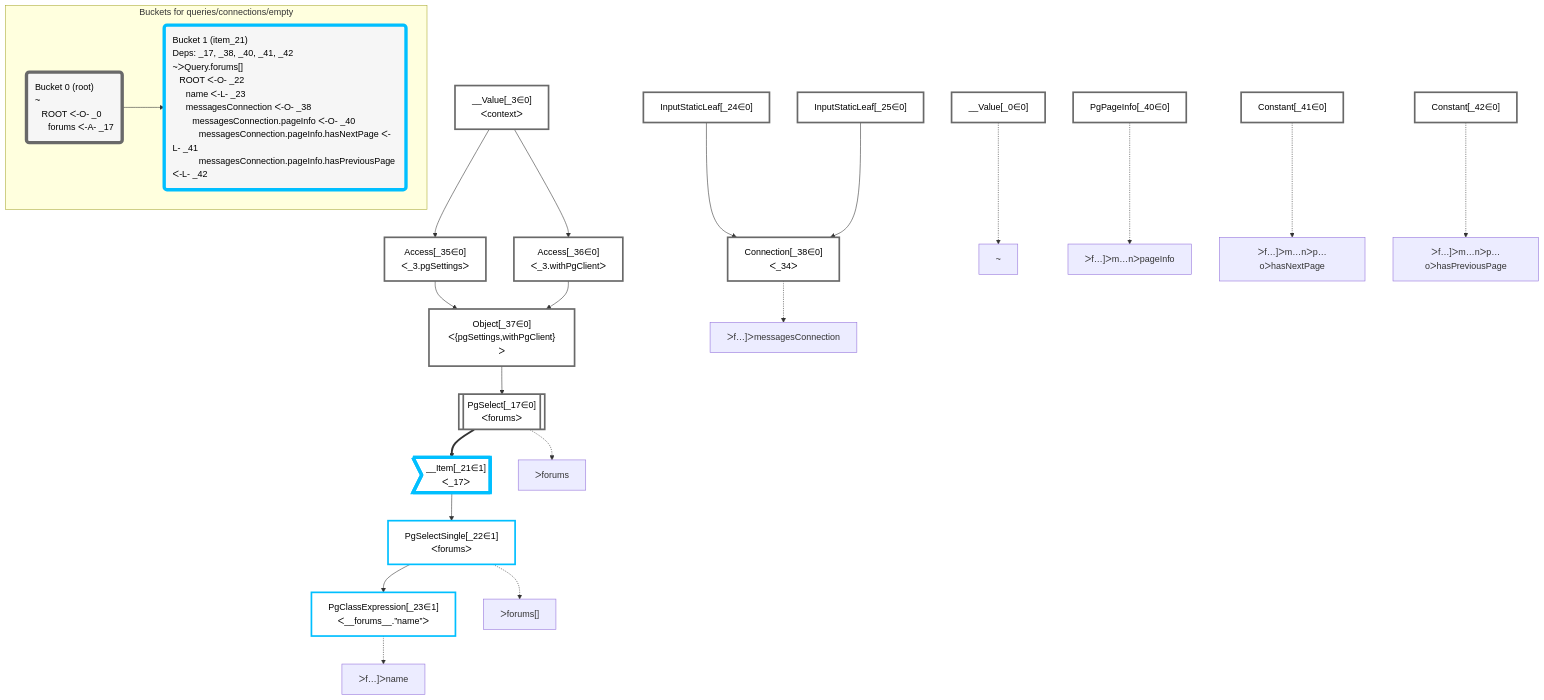
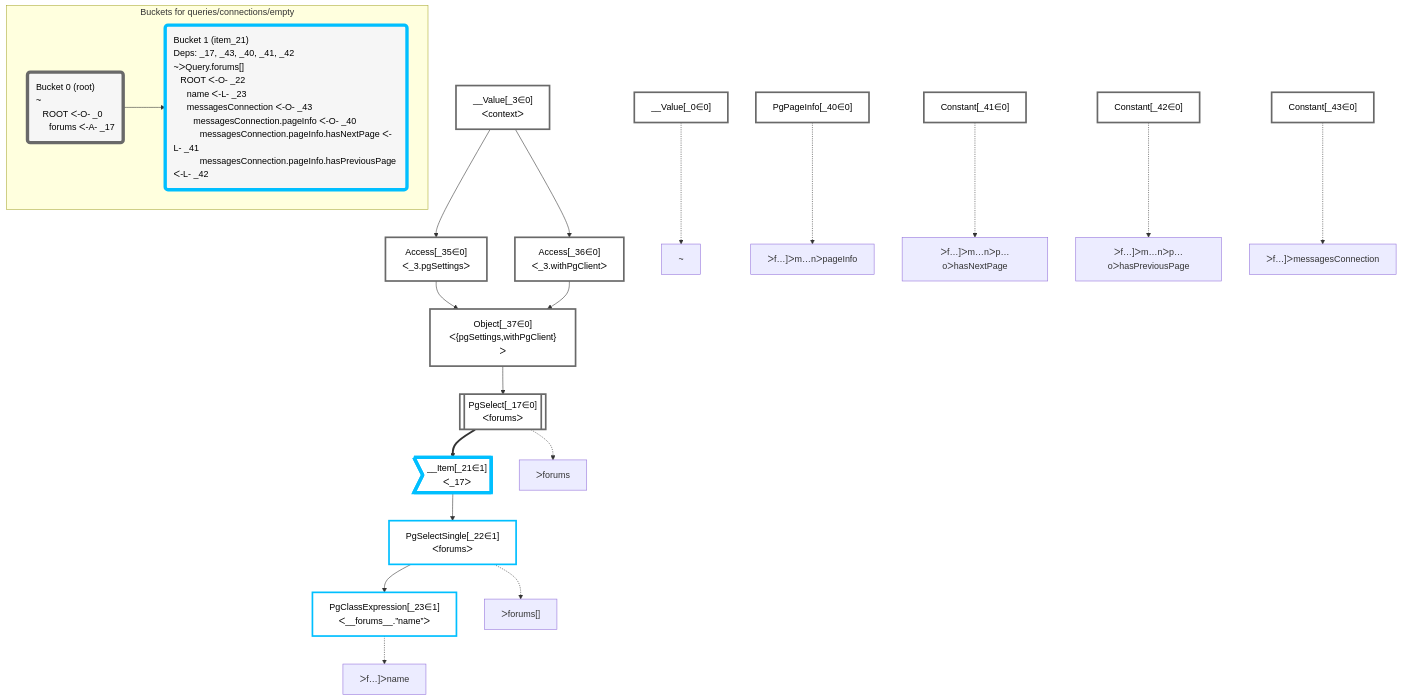
One commit to graphile/crystal changed the diagram in packages/dataplan-pg/__tests__/queries/connections/empty.mermaid.md. Above: the diagram before and after it, drawn with Mermaid. The commit also changed 57 other files, not shown here.

````diff
--- a/packages/dataplan-pg/__tests__/queries/connections/empty.mermaid.md
+++ b/packages/dataplan-pg/__tests__/queries/connections/empty.mermaid.md
@@ -1,64 +1,61 @@
 ```mermaid
 graph TD
     classDef path fill:#eee,stroke:#000,color:#000
     classDef plan fill:#fff,stroke-width:3px,color:#000
     classDef itemplan fill:#fff,stroke-width:6px,color:#000
     classDef sideeffectplan fill:#f00,stroke-width:6px,color:#000
     classDef bucket fill:#f6f6f6,color:#000,stroke-width:6px,text-align:left
 
 
     %% define plans
     __Value_0["__Value[_0∈0]"]:::plan
     PgClassExpression_23["PgClassExpression[_23∈1]<br />ᐸ__forums__.”name”ᐳ"]:::plan
     PgSelectSingle_22["PgSelectSingle[_22∈1]<br />ᐸforumsᐳ"]:::plan
     __Item_21>"__Item[_21∈1]<br />ᐸ_17ᐳ"]:::itemplan
     PgSelect_17[["PgSelect[_17∈0]<br />ᐸforumsᐳ"]]:::plan
     Object_37["Object[_37∈0]<br />ᐸ{pgSettings,withPgClient}ᐳ"]:::plan
     Access_35["Access[_35∈0]<br />ᐸ_3.pgSettingsᐳ"]:::plan
     Access_36["Access[_36∈0]<br />ᐸ_3.withPgClientᐳ"]:::plan
     __Value_3["__Value[_3∈0]<br />ᐸcontextᐳ"]:::plan
-    Connection_38["Connection[_38∈0]<br />ᐸ_34ᐳ"]:::plan
-    InputStaticLeaf_24["InputStaticLeaf[_24∈0]"]:::plan
-    InputStaticLeaf_25["InputStaticLeaf[_25∈0]"]:::plan
+    Constant_43["Constant[_43∈0]"]:::plan
     PgPageInfo_40["PgPageInfo[_40∈0]"]:::plan
     Constant_41["Constant[_41∈0]"]:::plan
     Constant_42["Constant[_42∈0]"]:::plan
 
     %% plan dependencies
     PgSelectSingle_22 --> PgClassExpression_23
     __Item_21 --> PgSelectSingle_22
     PgSelect_17 ==> __Item_21
     Object_37 --> PgSelect_17
     Access_35 & Access_36 --> Object_37
     __Value_3 --> Access_35
     __Value_3 --> Access_36
-    InputStaticLeaf_24 & InputStaticLeaf_25 --> Connection_38
 
     %% plan-to-path relationships
     P_0["~"]
     __Value_0 -.-> P_0
     P_17["ᐳforums"]
     PgSelect_17 -.-> P_17
     P_22["ᐳforums[]"]
     PgSelectSingle_22 -.-> P_22
     P_23["ᐳf…]ᐳname"]
     PgClassExpression_23 -.-> P_23
-    P_38["ᐳf…]ᐳmessagesConnection"]
-    Connection_38 -.-> P_38
     P_40["ᐳf…]ᐳm…nᐳpageInfo"]
     PgPageInfo_40 -.-> P_40
     P_41["ᐳf…]ᐳm…nᐳp…oᐳhasNextPage"]
     Constant_41 -.-> P_41
     P_42["ᐳf…]ᐳm…nᐳp…oᐳhasPreviousPage"]
     Constant_42 -.-> P_42
+    P_43["ᐳf…]ᐳmessagesConnection"]
+    Constant_43 -.-> P_43
 
     subgraph "Buckets for queries/connections/empty"
     Bucket0("Bucket 0 (root)<br />~<br />⠀ROOT ᐸ-O- _0<br />⠀⠀forums ᐸ-A- _17"):::bucket
     classDef bucket0 stroke:#696969
-    class Bucket0,__Value_0,__Value_3,PgSelect_17,InputStaticLeaf_24,InputStaticLeaf_25,Access_35,Access_36,Object_37,Connection_38,PgPageInfo_40,Constant_41,Constant_42 bucket0
-    Bucket1("Bucket 1 (item_21)<br />Deps: _17, _38, _40, _41, _42<br />~ᐳQuery.forums[]<br />⠀ROOT ᐸ-O- _22<br />⠀⠀name ᐸ-L- _23<br />⠀⠀messagesConnection ᐸ-O- _38<br />⠀⠀⠀messagesConnection.pageInfo ᐸ-O- _40<br />⠀⠀⠀⠀messagesConnection.pageInfo.hasNextPage ᐸ-L- _41<br />⠀⠀⠀⠀messagesConnection.pageInfo.hasPreviousPage ᐸ-L- _42"):::bucket
+    class Bucket0,__Value_0,__Value_3,PgSelect_17,Access_35,Access_36,Object_37,PgPageInfo_40,Constant_41,Constant_42,Constant_43 bucket0
+    Bucket1("Bucket 1 (item_21)<br />Deps: _17, _43, _40, _41, _42<br />~ᐳQuery.forums[]<br />⠀ROOT ᐸ-O- _22<br />⠀⠀name ᐸ-L- _23<br />⠀⠀messagesConnection ᐸ-O- _43<br />⠀⠀⠀messagesConnection.pageInfo ᐸ-O- _40<br />⠀⠀⠀⠀messagesConnection.pageInfo.hasNextPage ᐸ-L- _41<br />⠀⠀⠀⠀messagesConnection.pageInfo.hasPreviousPage ᐸ-L- _42"):::bucket
     classDef bucket1 stroke:#00bfff
     class Bucket1,__Item_21,PgSelectSingle_22,PgClassExpression_23 bucket1
     Bucket0 --> Bucket1
     end
 ```
````
